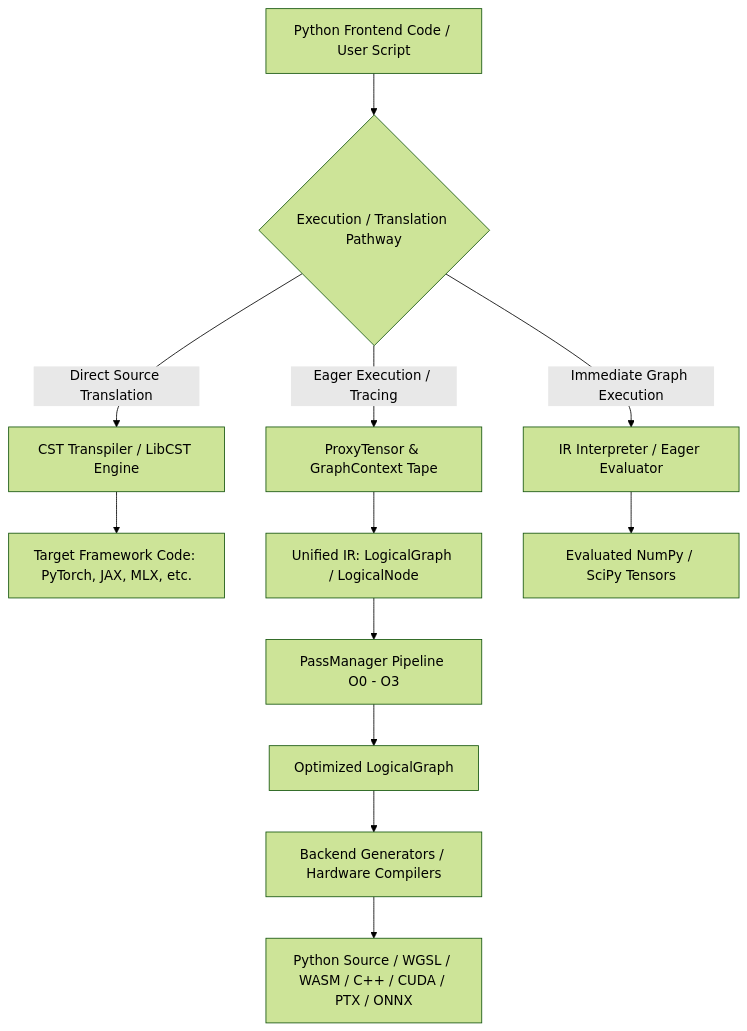
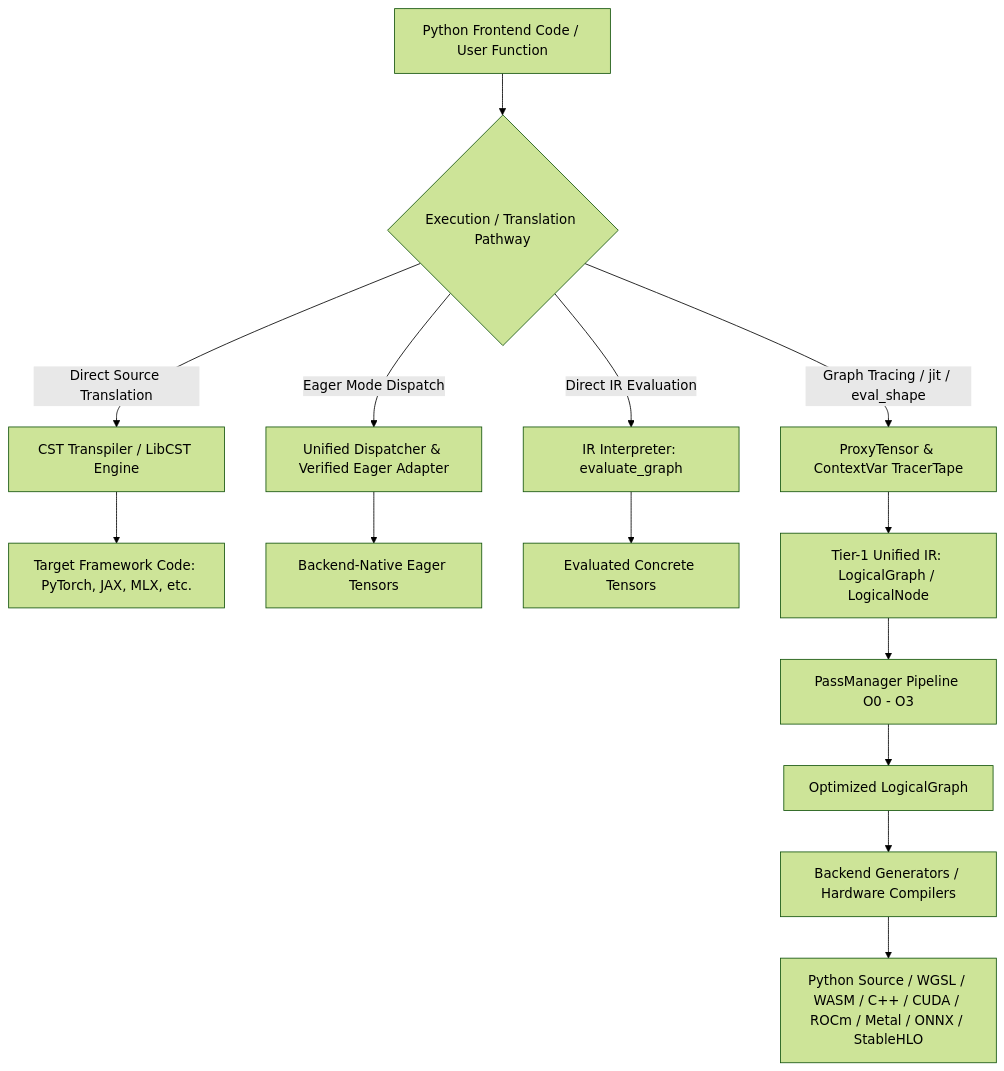
The second of 5 diagrams in ARCHITECTURE.md (SamuelMarks/ml-switcheroo-compiler), drawn with Mermaid (forest theme) before and after one commit. The commit also changed other lines of this file and 31 other files, not shown here.

````diff
--- a/ARCHITECTURE.md
+++ b/ARCHITECTURE.md
@@ -117,19 +122,22 @@
 ```mermaid
 flowchart TD
-    FrontendCode[Python Frontend Code / User Script] --> Choice{Execution / Translation Pathway}
+    FrontendCode[Python Frontend Code / User Function] --> Choice{Execution / Translation Pathway}
 
     Choice -->|Direct Source Translation| CSTTranspiler[CST Transpiler / LibCST Engine]
     CSTTranspiler --> OutputCode[Target Framework Code: PyTorch, JAX, MLX, etc.]
 
-    Choice -->|Eager Execution / Tracing| Tracer[ProxyTensor & GraphContext Tape]
-    Tracer --> IR[Unified IR: LogicalGraph / LogicalNode]
+    Choice -->|Eager Mode Dispatch| Dispatcher[Unified Dispatcher & Verified Eager Adapter]
+    Dispatcher --> EagerOutputs[Backend-Native Eager Tensors]
 
-    Choice -->|Immediate Graph Execution| Evaluator[IR Interpreter / Eager Evaluator]
-    Evaluator --> EagerOutputs[Evaluated NumPy / SciPy Tensors]
+    Choice -->|Direct IR Evaluation| Evaluator[IR Interpreter: evaluate_graph]
+    Evaluator --> InterpOutputs[Evaluated Concrete Tensors]
+
+    Choice -->|Graph Tracing / jit / eval_shape| Tracer[ProxyTensor & ContextVar TracerTape]
+    Tracer --> IR[Tier-1 Unified IR: LogicalGraph / LogicalNode]
 
     IR --> PassManager[PassManager Pipeline O0 - O3]
     PassManager --> OptimizedIR[Optimized LogicalGraph]
 
     OptimizedIR --> BackendGenerators[Backend Generators / Hardware Compilers]
-    BackendGenerators --> TargetArtifacts[Python Source / WGSL / WASM / C++ / CUDA / PTX / ONNX]
+    BackendGenerators --> TargetArtifacts[Python Source / WGSL / WASM / C++ / CUDA / ROCm / Metal / ONNX / StableHLO]
 ```
````
